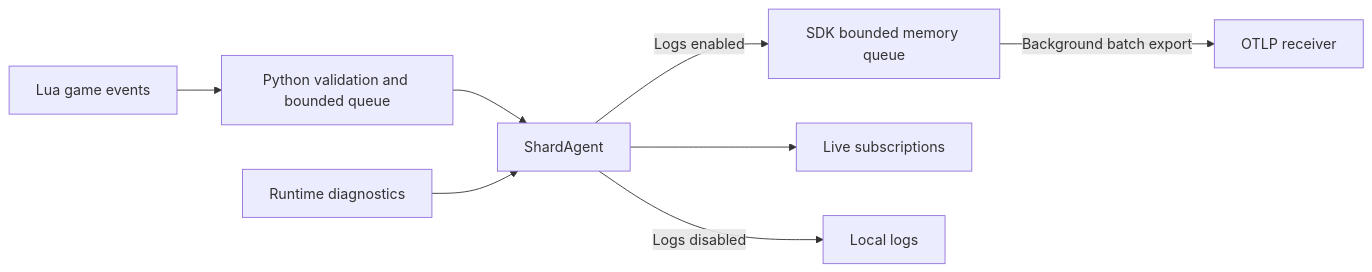
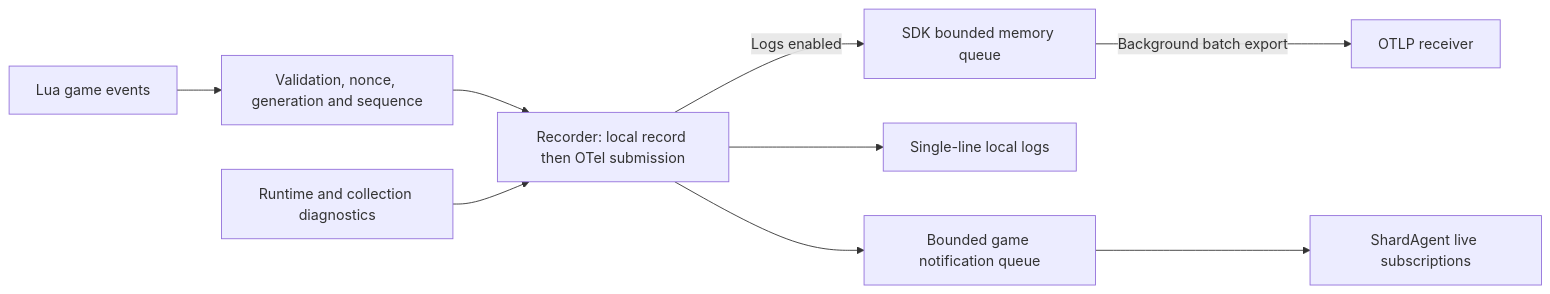
Before and after one commit to LetsStarveTogether/dst-server: the fourth of 4 diagrams in README.md, drawn with Mermaid. The commit also changed other lines of this file and 170 other files, not shown here.

````diff
--- a/README.md
+++ b/README.md
@@ -1301,10 +1451,11 @@
 ```mermaid
 flowchart LR
-    Lua["Lua game events"] --> Validate["Python validation and bounded queue"]
-    Validate --> Agent["ShardAgent"]
-    Runtime["Runtime diagnostics"] --> Agent
-    Agent -->|"Logs enabled"| Queue["SDK bounded memory queue"]
+    Lua["Lua game events"] --> Validate["Validation, nonce, generation and sequence"]
+    Validate --> Recorder["Recorder: local record then OTel submission"]
+    Runtime["Runtime and collection diagnostics"] --> Recorder
+    Recorder -->|"Logs enabled"| Queue["SDK bounded memory queue"]
     Queue -->|"Background batch export"| Receiver["OTLP receiver"]
-    Agent --> Live["Live subscriptions"]
-    Agent -->|"Logs disabled"| Local["Local logs"]
+    Recorder --> Local["Single-line local logs"]
+    Recorder --> Notifications["Bounded game notification queue"]
+    Notifications --> Live["ShardAgent live subscriptions"]
 ```
````
